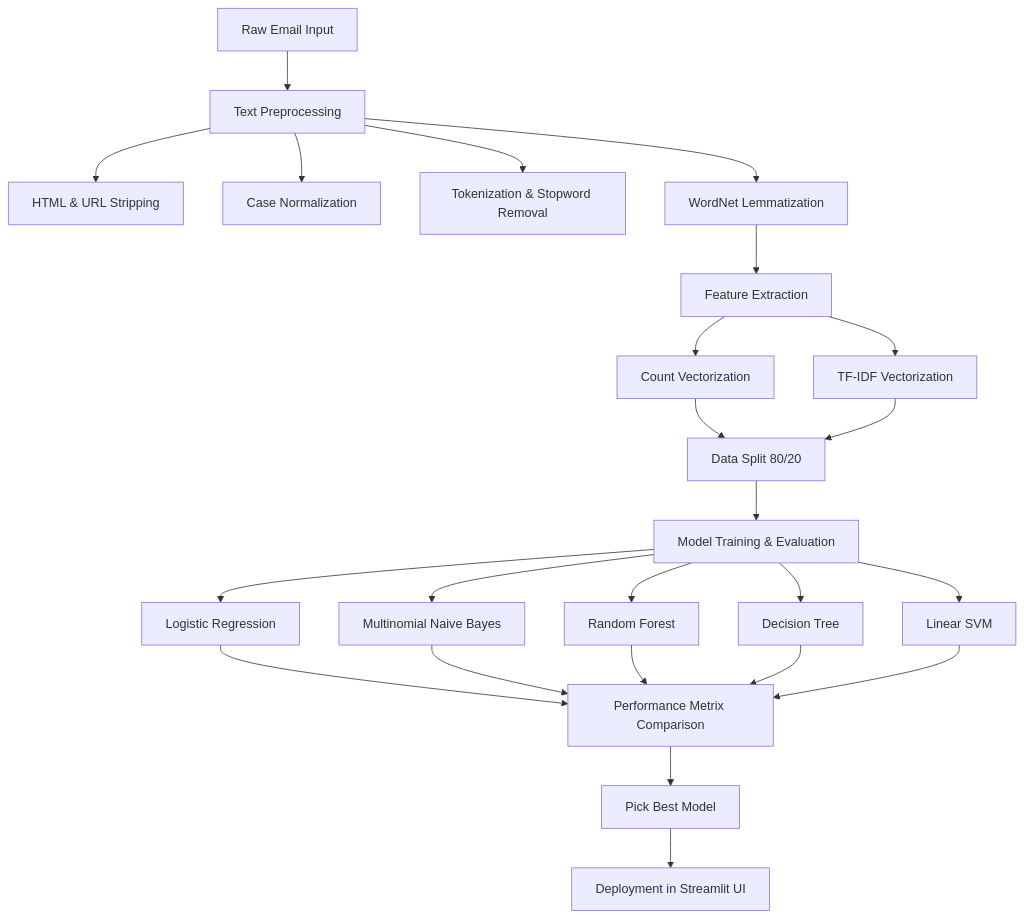
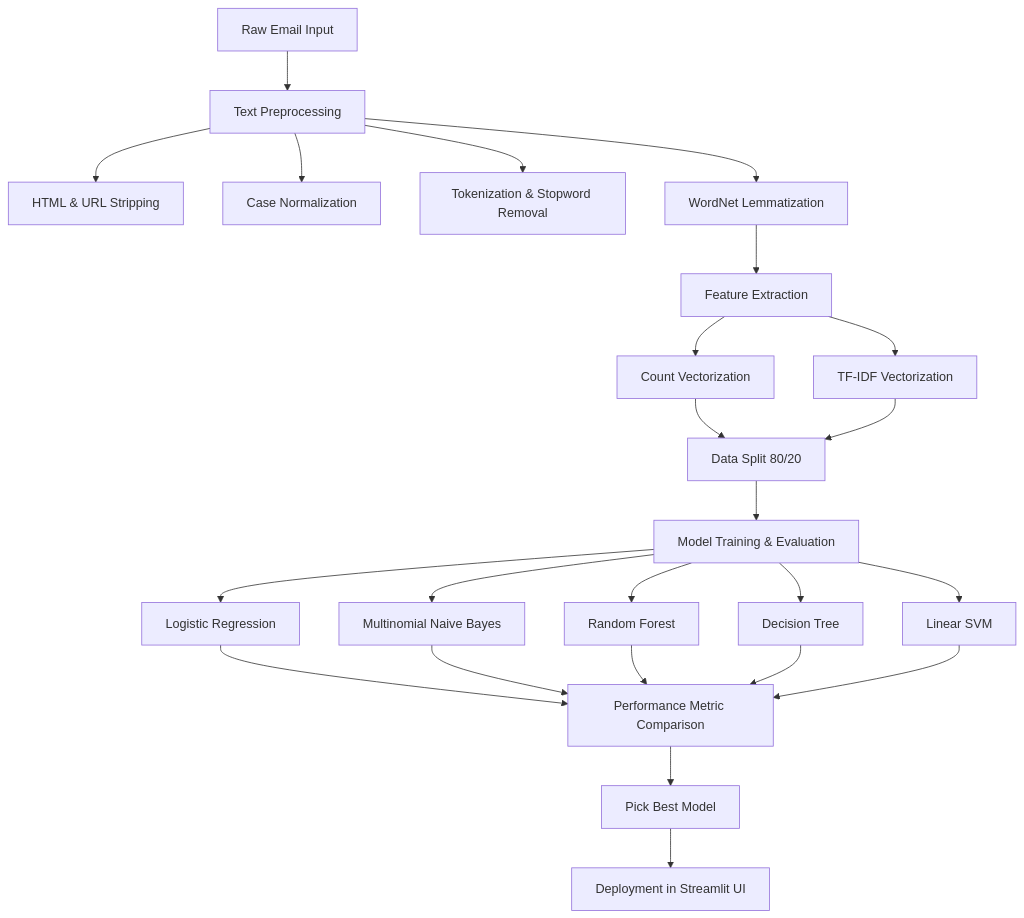
The diagram in Project_Report.md (rohitkorpal/PhishGuard-AI-advanced-phishing-email-detection-), drawn with Mermaid before and after one commit. The commit also changed other lines of this file and 1 other file, not shown here.

````diff
--- a/Project_Report.md
+++ b/Project_Report.md
@@ -107,26 +133,26 @@
 ```mermaid
 graph TD
     A[Raw Email Input] --> B[Text Preprocessing]
     B --> B1[HTML & URL Stripping]
     B --> B2[Case Normalization]
     B --> B3[Tokenization & Stopword Removal]
     B --> B4[WordNet Lemmatization]
     
     B4 --> C[Feature Extraction]
     C --> C1[Count Vectorization]
     C --> C2[TF-IDF Vectorization]
     
     C1 --> D[Data Split 80/20]
     C2 --> D
     
     D --> E[Model Training & Evaluation]
     E --> E1[Logistic Regression]
     E --> E2[Multinomial Naive Bayes]
     E --> E3[Random Forest]
     E --> E4[Decision Tree]
     E --> E5[Linear SVM]
     
-    E1 & E2 & E3 & E4 & E5 --> F[Performance Metrix Comparison]
+    E1 & E2 & E3 & E4 & E5 --> F[Performance Metric Comparison]
     F --> G[Pick Best Model]
     G --> H[Deployment in Streamlit UI]
 ```
````
